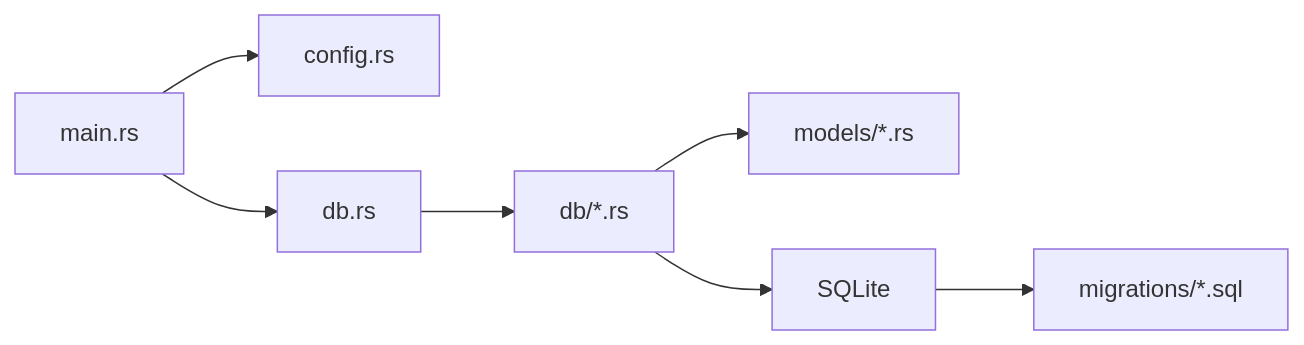
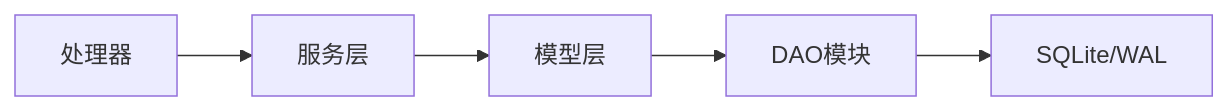
The fourth of 4 diagrams in .qoder/repowiki/zh/content/数据库设计/数据库设计.md (leimu-hue/AI-Trend-Tool), drawn with Mermaid before and after one commit. The commit also changed other lines of this file and 118 other files, not shown here.

````diff
--- a/.qoder/repowiki/zh/content/数据库设计/数据库设计.md
+++ b/.qoder/repowiki/zh/content/数据库设计/数据库设计.md
@@ -314,9 +456,7 @@
 ```mermaid
 graph LR
-MAIN["main.rs"] --> CFG["config.rs"]
-MAIN --> DBMOD["db.rs"]
-DBMOD --> DAO_ALL["db/*.rs"]
-DAO_ALL --> MODELS_ALL["models/*.rs"]
-DAO_ALL --> DB["SQLite"]
-DB --> MIG["migrations/*.sql"]
+Handlers["处理器"] --> Services["服务层"]
+Services --> Models["模型层"]
+Models --> DB["DAO模块"]
+DB --> SQLite["SQLite/WAL"]
 ```
````
